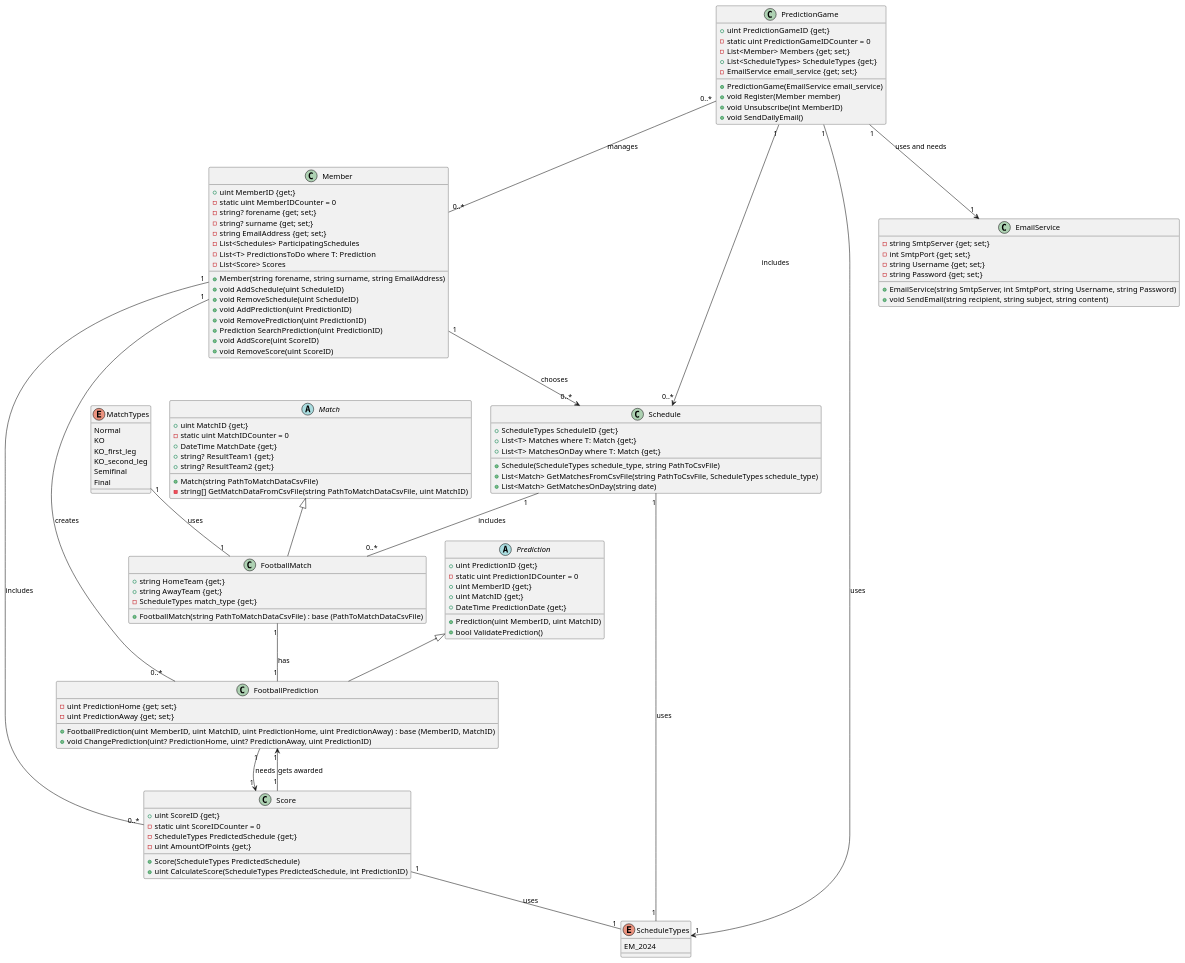
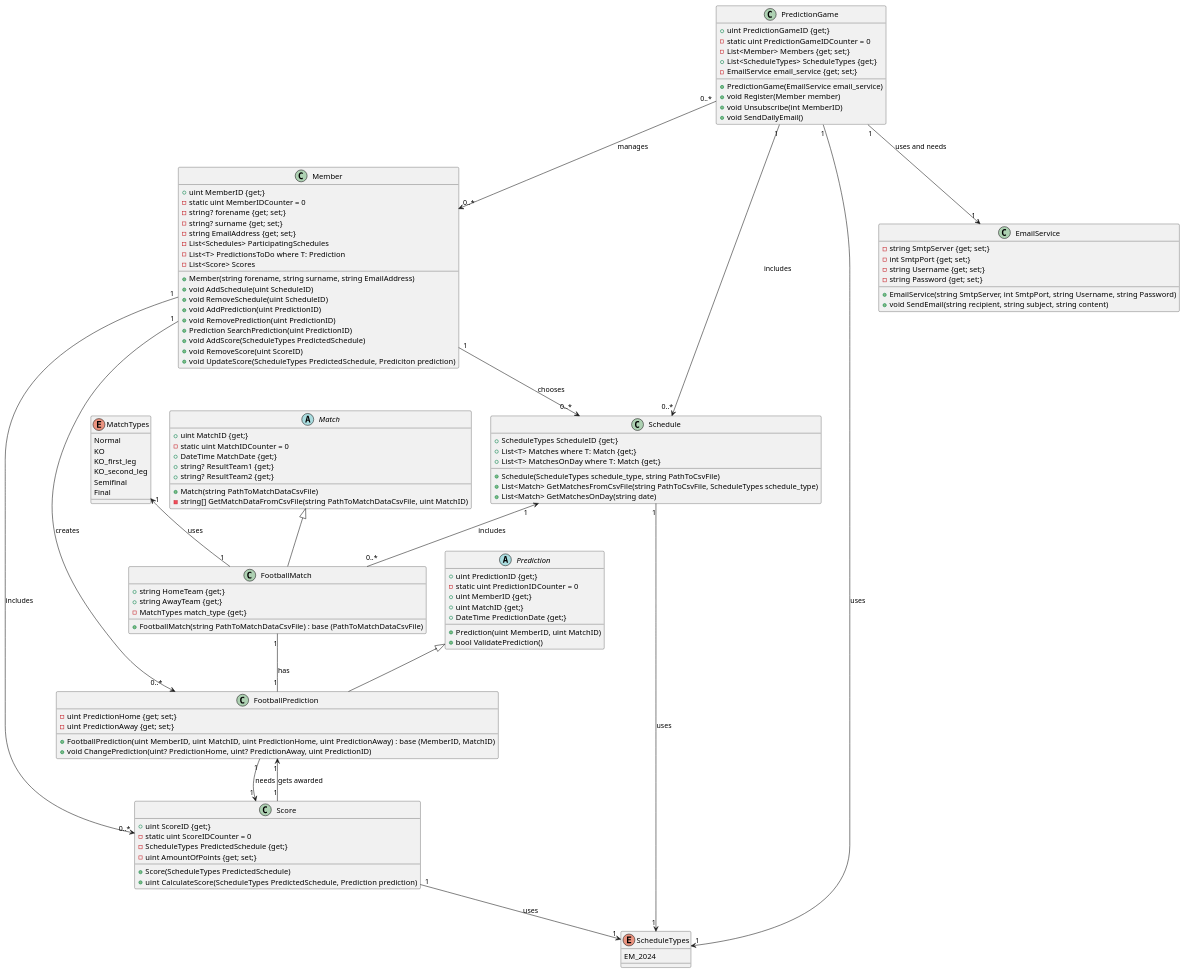
One commit to smn-hrtzsch/SPS changed the diagram in SportPredictionSystem.plantuml. Above: the diagram before and after it, drawn with PlantUML.

```diff
--- a/SportPredictionSystem.plantuml
+++ b/SportPredictionSystem.plantuml
@@ -1,121 +1,122 @@
 @startuml PredictionGame
 abstract class Match {
     + uint MatchID {get;}
     - static uint MatchIDCounter = 0
     + DateTime MatchDate {get;}
     + string? ResultTeam1 {get;}
     + string? ResultTeam2 {get;}
     + Match(string PathToMatchDataCsvFile)
     - string[] GetMatchDataFromCsvFile(string PathToMatchDataCsvFile, uint MatchID)
 }
 
 enum MatchTypes{
     Normal
     KO
     KO_first_leg
     KO_second_leg
     Semifinal
     Final
 }
 
 class FootballMatch extends Match {
     + string HomeTeam {get;}
     + string AwayTeam {get;}
-    - ScheduleTypes match_type {get;}
+    - MatchTypes match_type {get;}
     + FootballMatch(string PathToMatchDataCsvFile) : base (PathToMatchDataCsvFile)
 }
 
 class Member {
     + uint MemberID {get;}
     - static uint MemberIDCounter = 0
     - string? forename {get; set;}
     - string? surname {get; set;}
     - string EmailAddress {get; set;}
     - List<Schedules> ParticipatingSchedules
     - List<T> PredictionsToDo where T: Prediction
     - List<Score> Scores
     + Member(string forename, string surname, string EmailAddress)
     + void AddSchedule(uint ScheduleID)
     + void RemoveSchedule(uint ScheduleID)
     + void AddPrediction(uint PredictionID)
     + void RemovePrediction(uint PredictionID)
     + Prediction SearchPrediction(uint PredictionID)
-    + void AddScore(uint ScoreID)
+    + void AddScore(ScheduleTypes PredictedSchedule)
     + void RemoveScore(uint ScoreID)
+    + void UpdateScore(ScheduleTypes PredictedSchedule, Prediciton prediction)
 }
 
 abstract class Prediction {
     + uint PredictionID {get;}
     - static uint PredictionIDCounter = 0
     + uint MemberID {get;}
     + uint MatchID {get;}
     + DateTime PredictionDate {get;}
     + Prediction(uint MemberID, uint MatchID)
     + bool ValidatePrediction()
 }
 
 class FootballPrediction extends Prediction {
     - uint PredictionHome {get; set;}
     - uint PredictionAway {get; set;}
     + FootballPrediction(uint MemberID, uint MatchID, uint PredictionHome, uint PredictionAway) : base (MemberID, MatchID)
     + void ChangePrediction(uint? PredictionHome, uint? PredictionAway, uint PredictionID)
 }
 
 enum ScheduleTypes {
     EM_2024
 }
 
 class Schedule {
     + ScheduleTypes ScheduleID {get;}
     + List<T> Matches where T: Match {get;}
     + List<T> MatchesOnDay where T: Match {get;}
     + Schedule(ScheduleTypes schedule_type, string PathToCsvFile)
     + List<Match> GetMatchesFromCsvFile(string PathToCsvFile, ScheduleTypes schedule_type)
     + List<Match> GetMatchesOnDay(string date)
 }
 
 class Score {
     + uint ScoreID {get;}
     - static uint ScoreIDCounter = 0
     - ScheduleTypes PredictedSchedule {get;}
-    - uint AmountOfPoints {get;}
+    - uint AmountOfPoints {get; set;}
     + Score(ScheduleTypes PredictedSchedule)
-    + uint CalculateScore(ScheduleTypes PredictedSchedule, int PredictionID)
+    + uint CalculateScore(ScheduleTypes PredictedSchedule, Prediction prediction)
 }
 
 class EmailService {
     - string SmtpServer {get; set;}
     - int SmtpPort {get; set;}
     - string Username {get; set;}
     - string Password {get; set;}
     + EmailService(string SmtpServer, int SmtpPort, string Username, string Password)
     + void SendEmail(string recipient, string subject, string content)
 }
 
 class PredictionGame {
     + uint PredictionGameID {get;}
     - static uint PredictionGameIDCounter = 0
     - List<Member> Members {get; set;}
     + List<ScheduleTypes> ScheduleTypes {get;}
     - EmailService email_service {get; set;}
     + PredictionGame(EmailService email_service)
     + void Register(Member member)
     + void Unsubscribe(int MemberID)
     + void SendDailyEmail()
 }
 
-Member "1" -- "0..*" FootballPrediction : creates
-Member "1" -- "0..*" Score : includes
+Member "1" --> "0..*" FootballPrediction : creates
+Member "1" --> "0..*" Score : includes
 Member "1" --> "0..*" Schedule : chooses
 FootballMatch "1" -- "1" FootballPrediction : has
-Schedule "1" -- "0..*" FootballMatch : includes
-PredictionGame "0..*" -- "0..*" Member : manages
+Schedule "1" <-- "0..*" FootballMatch : includes
+PredictionGame "0..*" --> "0..*" Member : manages
 PredictionGame "1" --> "0..*" Schedule : includes
 PredictionGame "1" --> "1" EmailService : uses and needs
 PredictionGame "1" --> "1" ScheduleTypes : uses
-MatchTypes "1" -- "1" FootballMatch : uses
-Schedule "1" -- "1" ScheduleTypes : uses
-Score "1" -- "1" ScheduleTypes : uses
+MatchTypes "1" <-- "1" FootballMatch : uses
+Schedule "1" --> "1" ScheduleTypes : uses
+Score "1" --> "1" ScheduleTypes : uses
 Score "1" <-- "1" FootballPrediction : needs
 FootballPrediction "1" <-- "1" Score : gets awarded
 @enduml
```
